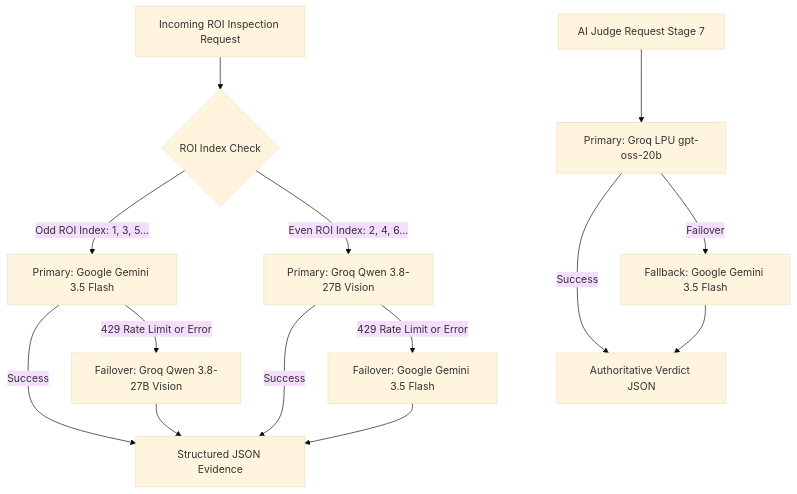
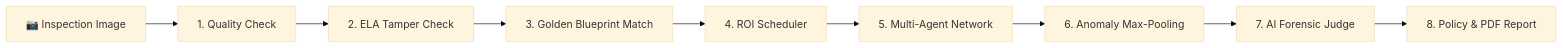
One commit to Disha-1610/VisionForge changed the first of 3 diagrams in README.md. Above: the diagram before and after it, drawn with Mermaid (base theme). The commit also changed other lines of this file and 13 other files, not shown here.

````diff
--- a/README.md
+++ b/README.md
@@ -290,20 +97,11 @@
 ```mermaid
-flowchart TD
-    Req[Incoming ROI Inspection Request] --> Router{ROI Index Check}
-    
-    Router -->|Odd ROI Index: 1, 3, 5...| GeminiPrimary[Primary: Google Gemini 3.5 Flash]
-    Router -->|Even ROI Index: 2, 4, 6...| GroqPrimary[Primary: Groq Qwen 3.8-27B Vision]
-    
-    GeminiPrimary -->|Success| Out[Structured JSON Evidence]
-    GeminiPrimary -->|429 Rate Limit or Error| GroqFallback[Failover: Groq Qwen 3.8-27B Vision]
-    GroqFallback --> Out
-    
-    GroqPrimary -->|Success| Out
-    GroqPrimary -->|429 Rate Limit or Error| GeminiFallback[Failover: Google Gemini 3.5 Flash]
-    GeminiFallback --> Out
-
-    JudgeReq[AI Judge Request Stage 7] --> JudgeGroq[Primary: Groq LPU gpt-oss-20b]
-    JudgeGroq -->|Success| JudgeOut[Authoritative Verdict JSON]
-    JudgeGroq -->|Failover| JudgeGemini[Fallback: Google Gemini 3.5 Flash]
-    JudgeGemini --> JudgeOut
+flowchart LR
+    A[📷 Inspection Image] --> B[1. Quality Check]
+    B --> C[2. ELA Tamper Check]
+    C --> D[3. Golden Blueprint Match]
+    D --> E[4. ROI Scheduler]
+    E --> F[5. Multi-Agent Network]
+    F --> G[6. Anomaly Max-Pooling]
+    G --> H[7. AI Forensic Judge]
+    H --> I[8. Policy & PDF Report]
 ```
````
